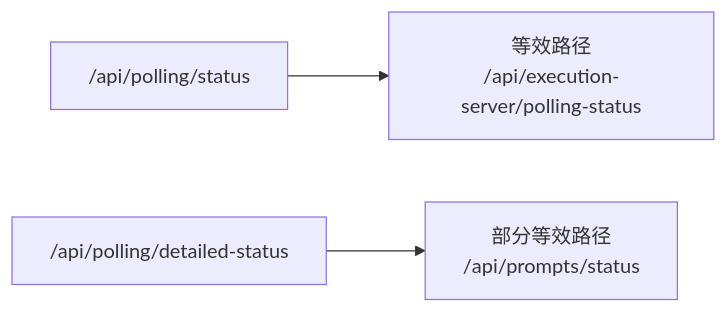
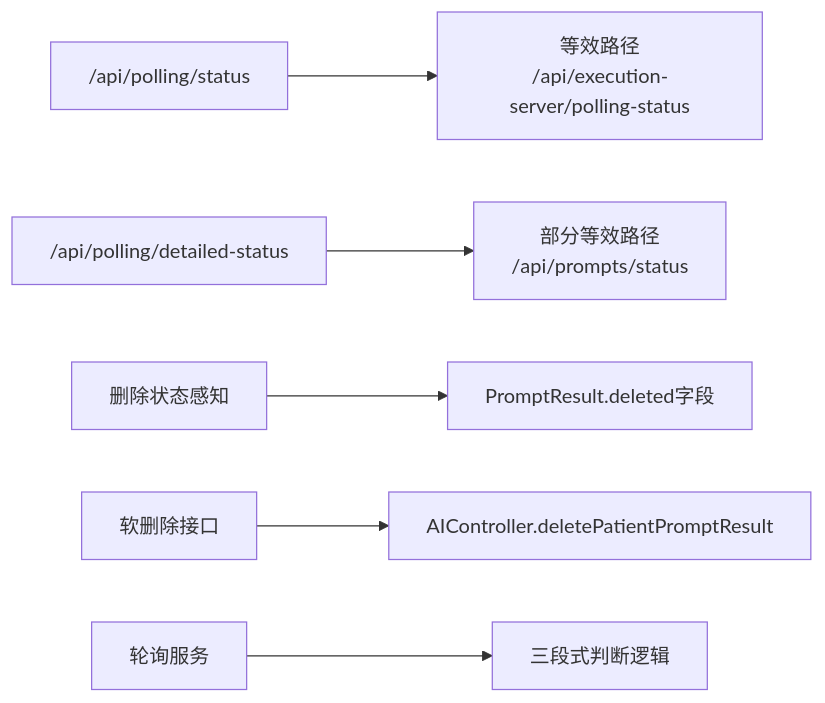
Before and after one commit to liuzh2008/med_ai_assistant_workspace: the sixth of 6 diagrams in .qoder/repowiki/zh/content/API参考/轮询状态API.md, drawn with Mermaid. The commit also changed other lines of this file and 3 other files, not shown here.

````diff
--- a/.qoder/repowiki/zh/content/API参考/轮询状态API.md
+++ b/.qoder/repowiki/zh/content/API参考/轮询状态API.md
@@ -217,5 +305,8 @@
 ```mermaid
 graph LR
 A["/api/polling/status"] --> B["等效路径<br/>/api/execution-server/polling-status"]
 C["/api/polling/detailed-status"] --> D["部分等效路径<br/>/api/prompts/status"]
+E["删除状态感知"] --> F["PromptResult.deleted字段"]
+G["软删除接口"] --> H["AIController.deletePatientPromptResult"]
+I["轮询服务"] --> J["三段式判断逻辑"]
 ```
````
